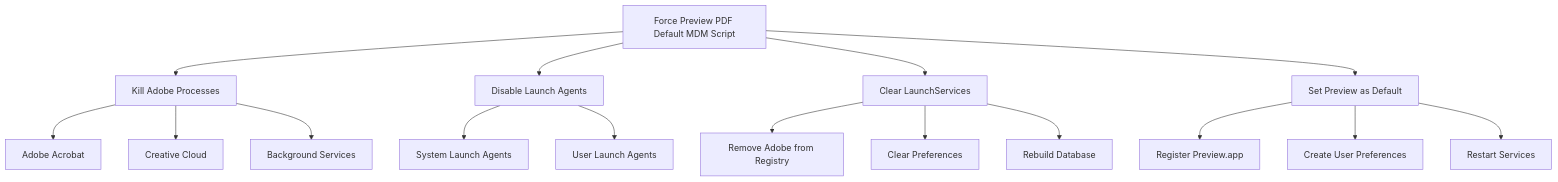
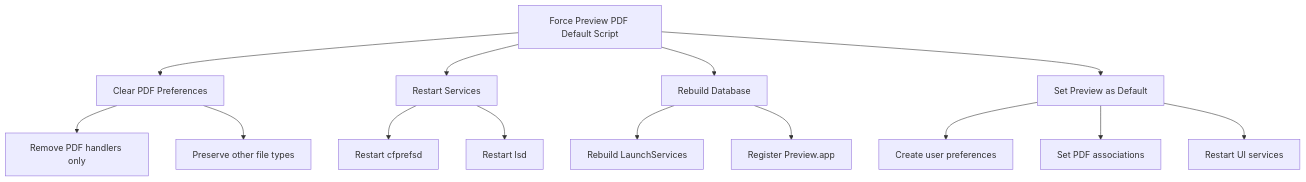
One commit to superuserjr/force-preview-pdf changed the diagram in README.md. Above: the diagram before and after it, drawn with Mermaid. The commit also changed other lines of this file and 1 other file, not shown here.

Commit message:
Refactor force_preview_pdf_default_mdm.sh script - Streamlined the process to set Apple Preview as the default PDF handler, focusing on PDF-specific changes while preserving Adobe functionality. Updated logging and improved clarity in script steps for better user understanding.

````diff
--- a/README.md
+++ b/README.md
@@ -91,22 +105,20 @@
 ```mermaid
 graph TD
-    A[Force Preview PDF Default MDM Script] --> B[Kill Adobe Processes]
-    A --> C[Disable Launch Agents]
-    A --> D[Clear LaunchServices]
+    A[Force Preview PDF Default Script] --> B[Clear PDF Preferences]
+    A --> C[Restart Services]
+    A --> D[Rebuild Database]
     A --> E[Set Preview as Default]
     
-    B --> B1[Adobe Acrobat]
-    B --> B2[Creative Cloud]
-    B --> B3[Background Services]
+    B --> B1[Remove PDF handlers only]
+    B --> B2[Preserve other file types]
     
-    C --> C1[System Launch Agents]
-    C --> C2[User Launch Agents]
+    C --> C1[Restart cfprefsd]
+    C --> C2[Restart lsd]
     
-    D --> D1[Remove Adobe from Registry]
-    D --> D2[Clear Preferences]
-    D --> D3[Rebuild Database]
+    D --> D1[Rebuild LaunchServices]
+    D --> D2[Register Preview.app]
     
-    E --> E1[Register Preview.app]
-    E --> E2[Create User Preferences]
-    E --> E3[Restart Services]
+    E --> E1[Create user preferences]
+    E --> E2[Set PDF associations]
+    E --> E3[Restart UI services]
 ```
````
